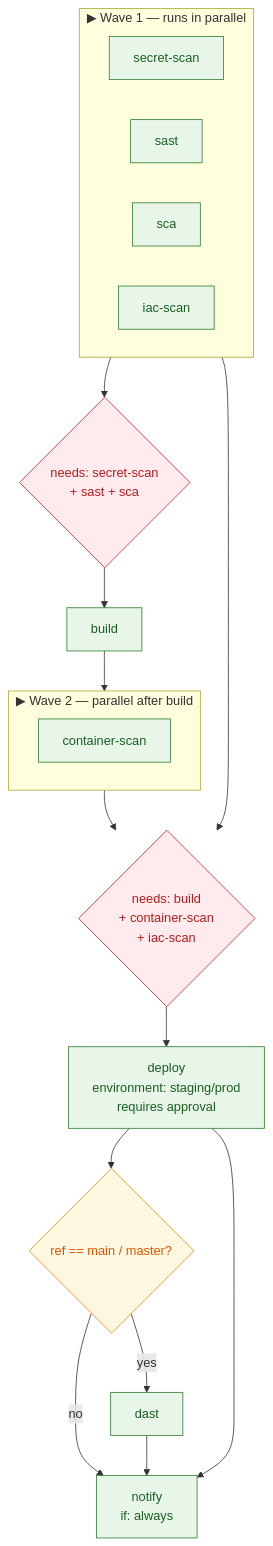
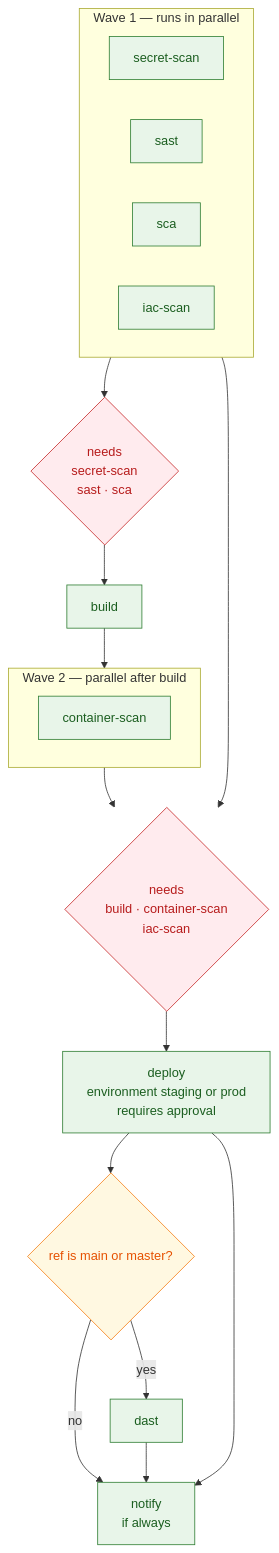
Before and after one commit to skondla/fastAPIWebApp: diagram 11 of 13 in README.md, drawn with Mermaid. The commit also changed other lines of this file, not shown here.

````diff
--- a/README.md
+++ b/README.md
@@ -923,34 +949,39 @@
 ```mermaid
 flowchart TB
     classDef parallel fill:#E8F5E9,stroke:#2E7D32,color:#1B5E20
     classDef gate fill:#FFEBEE,stroke:#C62828,color:#B71C1C
     classDef cond fill:#FFF8E1,stroke:#F57F17,color:#E65100
 
-    subgraph WAVE1["▶ Wave 1 — runs in parallel"]
+    subgraph WAVE1["Wave 1 — runs in parallel"]
         direction LR
-        J1[secret-scan]:::parallel
-        J2[sast]:::parallel
-        J3[sca]:::parallel
-        J7[iac-scan]:::parallel
+        J1["secret-scan"]:::parallel
+        J2["sast"]:::parallel
+        J3["sca"]:::parallel
+        J7["iac-scan"]:::parallel
     end
 
-    WAVE1 --> GATE1{needs: secret-scan<br/>+ sast + sca}:::gate
-    GATE1 --> J4[build]:::parallel
+    GATE1{"needs<br/>secret-scan<br/>sast · sca"}:::gate
+    WAVE1 --> GATE1
+    GATE1 --> J4["build"]:::parallel
+
+    subgraph WAVE2["Wave 2 — parallel after build"]
+        direction LR
+        J5["container-scan"]:::parallel
+    end
 
     J4 --> WAVE2
 
-    subgraph WAVE2["▶ Wave 2 — parallel after build"]
-        direction LR
-        J5[container-scan]:::parallel
-    end
+    GATE2{"needs<br/>build · container-scan<br/>iac-scan"}:::gate
+    WAVE2 --> GATE2
+    J7 --> GATE2
+    GATE2 --> J6["deploy<br/>environment staging or prod<br/>requires approval"]:::parallel
 
-    WAVE2 --> GATE2{needs: build<br/>+ container-scan<br/>+ iac-scan}:::gate
-    J7 --> GATE2
-    GATE2 --> J6[deploy<br/>environment: staging/prod<br/>requires approval]:::parallel
-
-    J6 --> COND{ref == main / master?}:::cond
-    COND -->|yes| J8[dast]:::parallel
-    COND -->|no| J9
-    J8 --> J9[notify<br/>if: always]:::parallel
+    COND{"ref is main or master?"}:::cond
+    J6 --> COND
+    J8["dast"]:::parallel
+    J9["notify<br/>if always"]:::parallel
+    COND -->|"yes"| J8
+    COND -->|"no"| J9
+    J8 --> J9
     J6 --> J9
 ```
````
